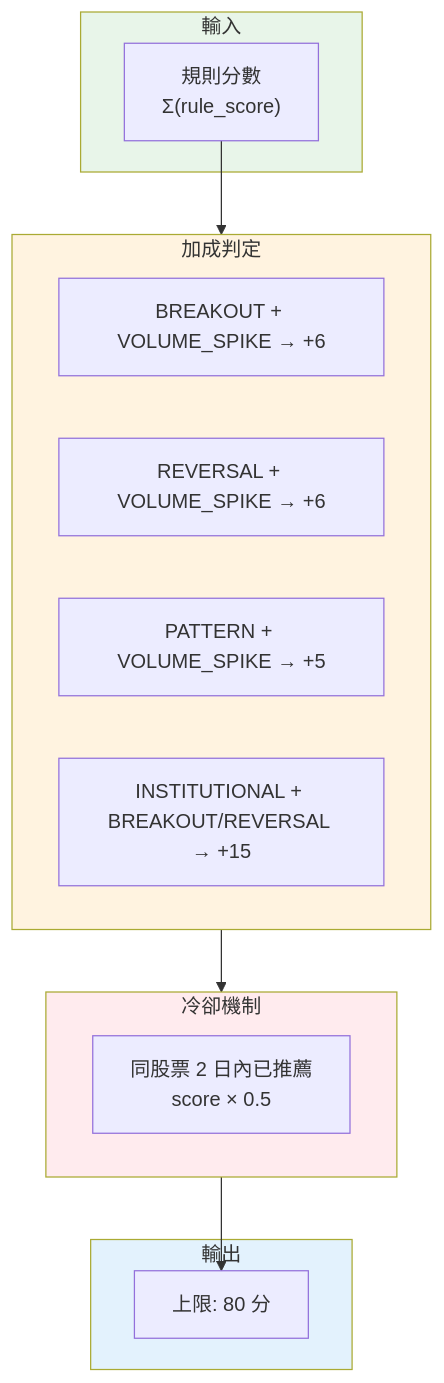
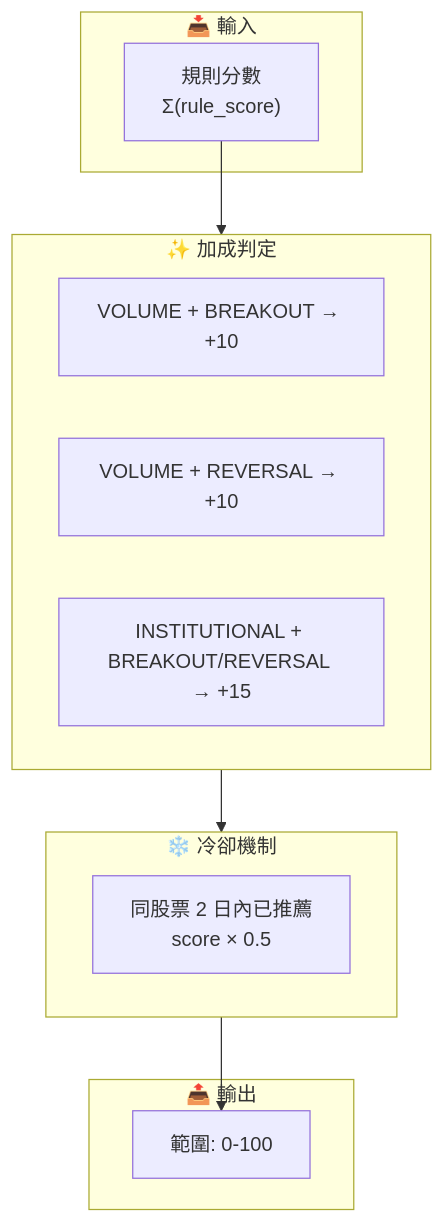
One commit to Neal75418/afterclose changed the third of 3 diagrams in docs/RULE_ENGINE.md. Above: the diagram before and after it, drawn with Mermaid. The commit also changed other lines of this file and 2 other files, not shown here.

First line of the commit message:
docs: 更新規則引擎文件與流程圖

````diff
--- a/docs/RULE_ENGINE.md
+++ b/docs/RULE_ENGINE.md
@@ -148,28 +146,22 @@
 ```mermaid
 flowchart TB
-    subgraph Input["輸入"]
+    subgraph Input["📥 輸入"]
         Rules["規則分數<br/>Σ(rule_score)"]
     end
 
-    subgraph Bonus["加成判定"]
-        B1["BREAKOUT + VOLUME_SPIKE → +6"]
-        B2["REVERSAL + VOLUME_SPIKE → +6"]
-        B3["PATTERN + VOLUME_SPIKE → +5"]
-        B4["INSTITUTIONAL + BREAKOUT/REVERSAL → +15"]
+    subgraph Bonus["✨ 加成判定"]
+        B1["VOLUME + BREAKOUT → +10"]
+        B2["VOLUME + REVERSAL → +10"]
+        B3["INSTITUTIONAL + BREAKOUT/REVERSAL → +15"]
     end
 
-    subgraph Penalty["冷卻機制"]
+    subgraph Penalty["❄️ 冷卻機制"]
         P1["同股票 2 日內已推薦<br/>score × 0.5"]
     end
 
-    subgraph Output["輸出"]
-        Cap["上限: 80 分"]
+    subgraph Output["📤 輸出"]
+        Cap["範圍: 0-100"]
     end
 
     Rules --> Bonus --> Penalty --> Cap
-
-    style Input fill:#e8f5e9
-    style Bonus fill:#fff3e0
-    style Penalty fill:#ffebee
-    style Output fill:#e3f2fd
 ```
````
